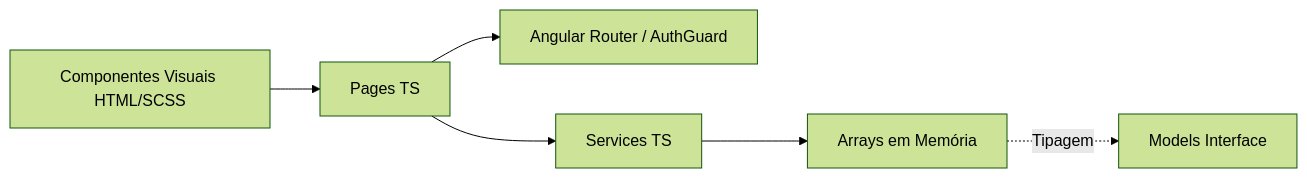
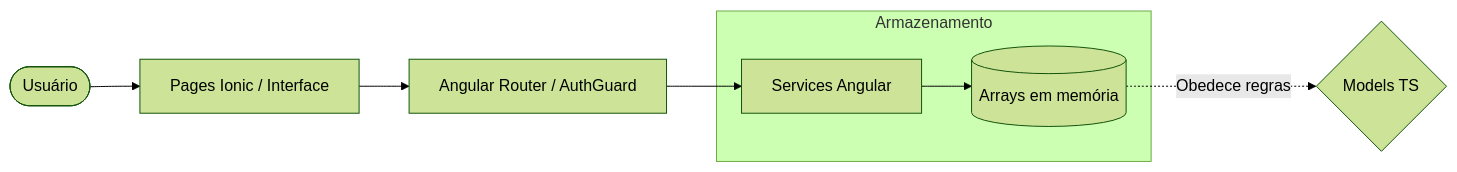
The third of 6 diagrams in README.md (EduardoHenrrykSimonato/portfolio-2-claretiano), drawn with Mermaid (forest theme) before and after one commit. The commit also changed other lines of this file, not shown here.

Commit message:
Melhora diagramas Mermaid do README

````diff
--- a/README.md
+++ b/README.md
@@ -280,8 +338,12 @@
 ```mermaid
-graph LR
-    A[Componentes Visuais HTML/SCSS] --> B[Pages TS]
-    B --> C[Angular Router / AuthGuard]
-    B --> D[Services TS]
-    D --> E[Arrays em Memória]
-    E -.->|Tipagem| F[Models Interface]
+flowchart LR
+    U([Usuário]) --> P[Pages Ionic / Interface]
+    P --> AR[Angular Router / AuthGuard]
+    AR --> S[Services Angular]
+    
+    subgraph Memoria ["Armazenamento"]
+        S --> Mem[(Arrays em memória)]
+    end
+    
+    Mem -.->|Obedece regras| M{Models TS}
 ```
````
